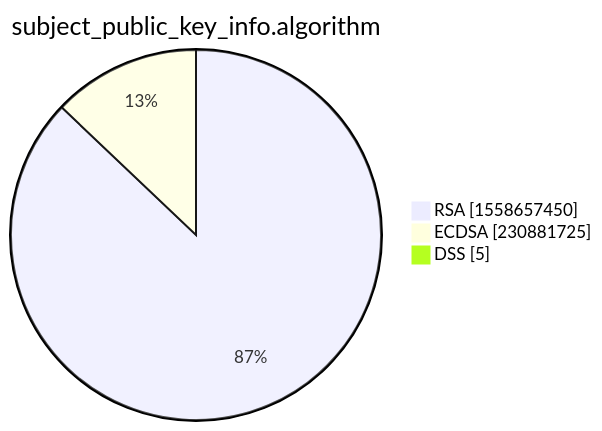
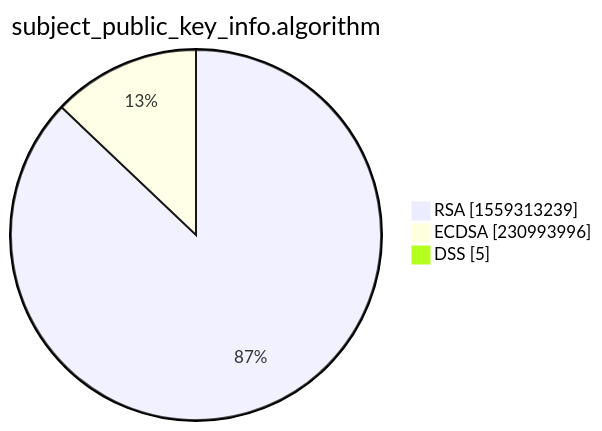
One commit to christiankrug/ctmonitor_visualization changed the third of 15 diagrams in xenon2022/README.md. Above: the diagram before and after it, drawn with Mermaid. The commit also changed other lines of this file, not shown here.

````diff
--- a/xenon2022/README.md
+++ b/xenon2022/README.md
@@ -14,7 +14,7 @@
 ```mermaid
 pie showData
 title subject_public_key_info.algorithm
-"RSA" :1558657450
-"ECDSA" :230881725
+"RSA" :1559313239
+"ECDSA" :230993996
 "DSS" :5
 ```
````
